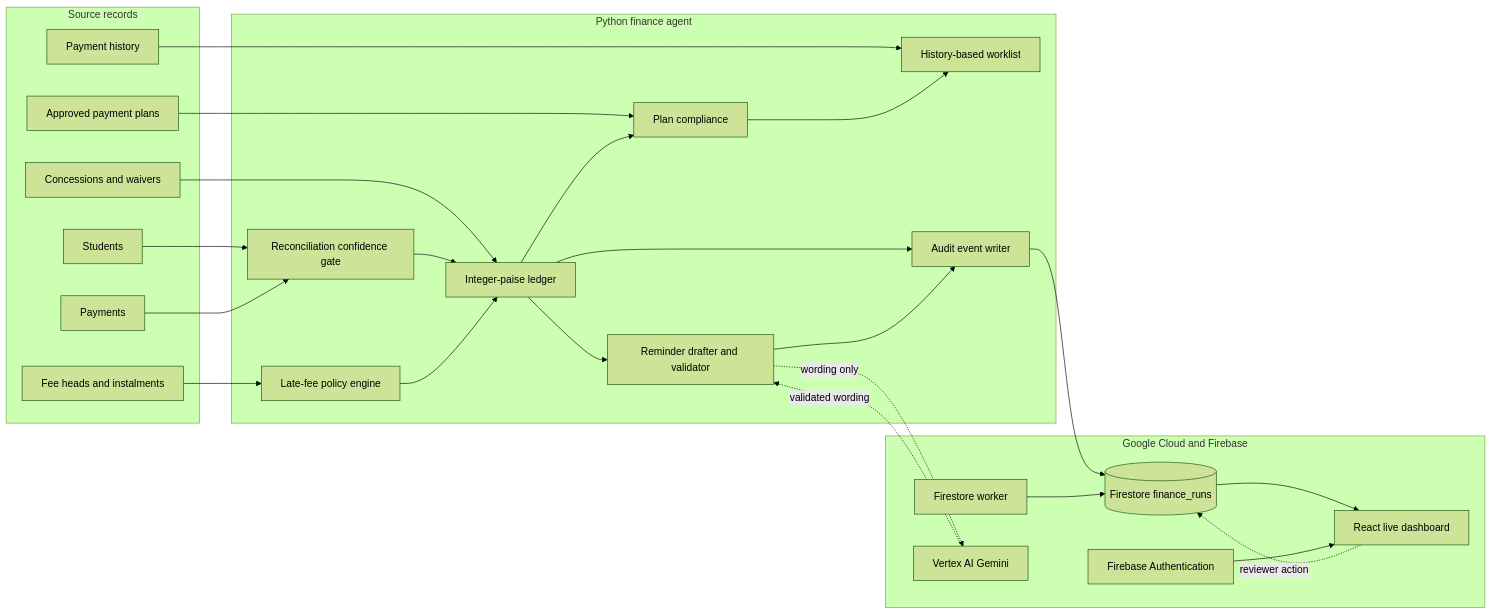
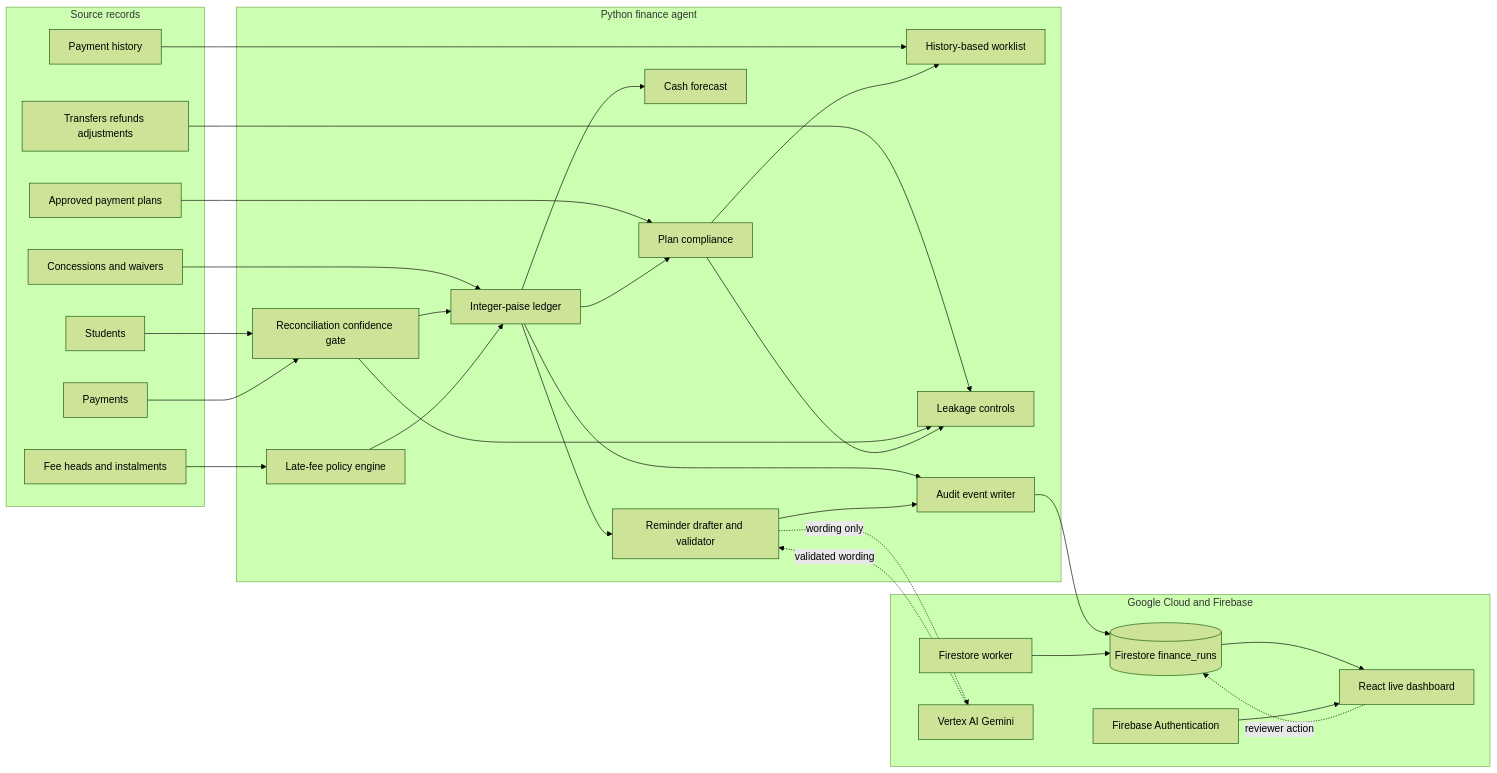
The first of 4 diagrams in docs/diagrams.md (SheeshDarth/fee-finance-agent), drawn with Mermaid (forest theme) before and after one commit. The commit also changed other lines of this file and 23 other files, not shown here.

```diff
--- a/docs/diagrams.md
+++ b/docs/diagrams.md
@@ -14,47 +14,54 @@
 ~~~mermaid
 flowchart LR
   subgraph Inputs["Source records"]
     S[Students]
     F[Fee heads and instalments]
     A[Concessions and waivers]
     P[Payments]
     H[Payment history]
     PP[Approved payment plans]
+    T[Transfers refunds adjustments]
   end
   subgraph Engine["Python finance agent"]
     R[Reconciliation confidence gate]
     L[Integer-paise ledger]
     LF[Late-fee policy engine]
     PC[Plan compliance]
     WL[History-based worklist]
+    FC[Cash forecast]
+    LC[Leakage controls]
     D[Reminder drafter and validator]
     AU[Audit event writer]
   end
   subgraph Cloud["Google Cloud and Firebase"]
     FS[(Firestore finance_runs)]
     W[Firestore worker]
     AUTH[Firebase Authentication]
     UI[React live dashboard]
     G[Vertex AI Gemini]
   end
   S --> R
   F --> LF
   A --> L
   P --> R
   H --> WL
   PP --> PC
+  T --> LC
   R --> L
   LF --> L
   L --> PC
   PC --> WL
+  L --> FC
+  R --> LC
+  PC --> LC
   L --> D
   D -. wording only .-> G
   G -. validated wording .-> D
   L --> AU
   D --> AU
   AU --> FS
   W --> FS
   FS --> UI
   AUTH --> UI
   UI -. reviewer action .-> FS
 ~~~
```
